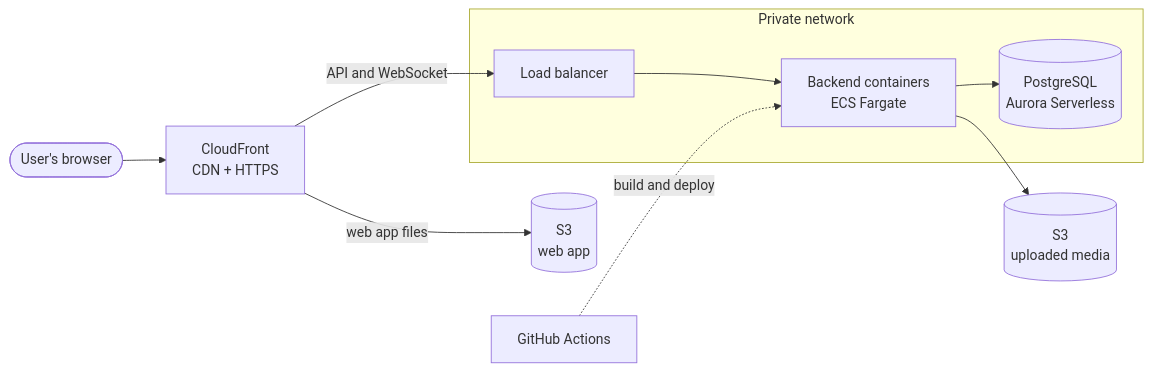
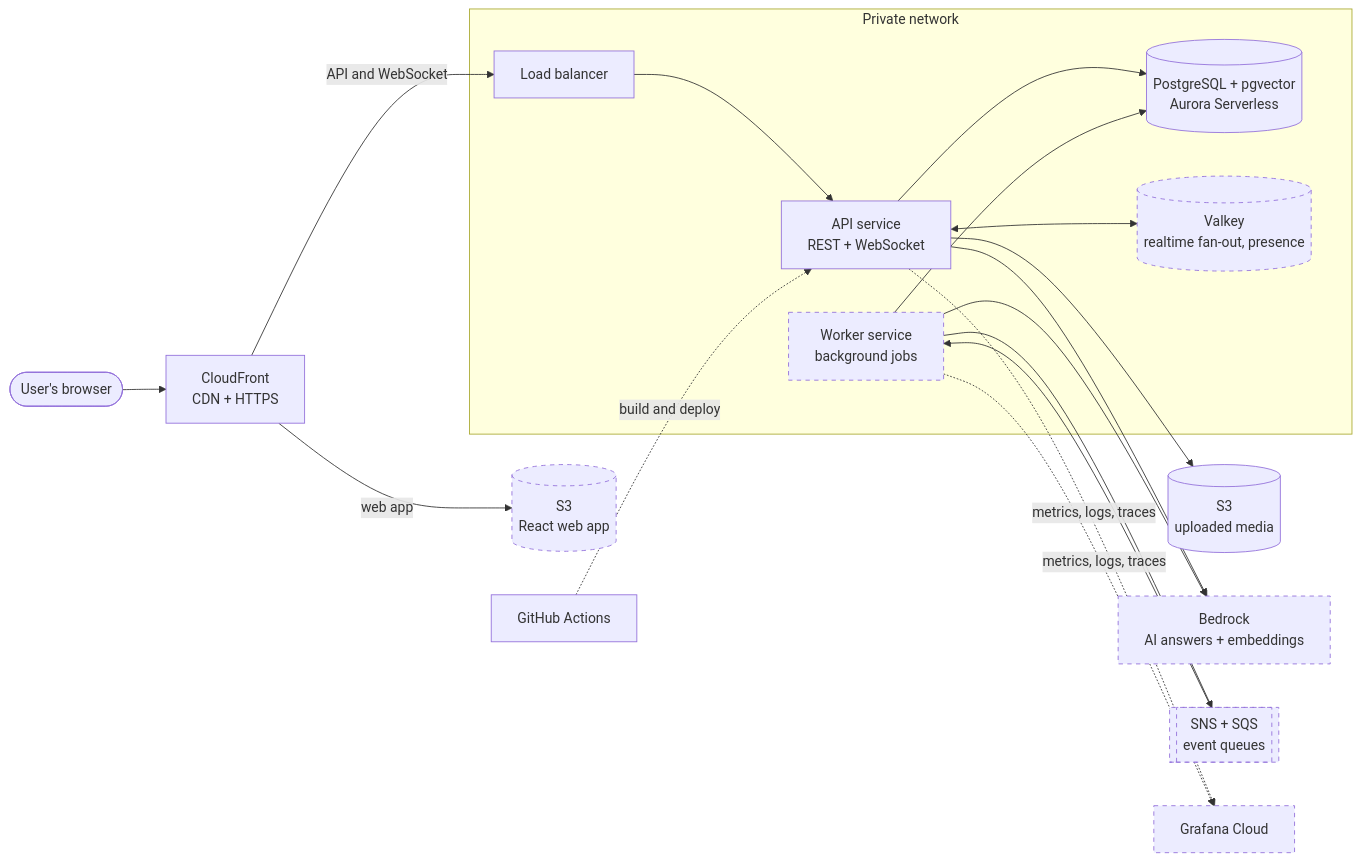
Before and after one commit to hinn1411/devcool-core: the diagram in README.md, drawn with Mermaid. The commit also changed other lines of this file, not shown here.

First line of the commit message:
docs(P2-T12): final architecture diagram with component status

````diff
--- a/README.md
+++ b/README.md
@@ -145,12 +145,20 @@
 ```mermaid
 flowchart LR
     user([User's browser]) --> cdn[CloudFront<br/>CDN + HTTPS]
-    cdn -->|web app files| spa[(S3<br/>web app)]
+    cdn -->|web app| spa[(S3<br/>React web app)]
     cdn -->|API and WebSocket| alb[Load balancer]
     subgraph private[Private network]
-        alb --> api[Backend containers<br/>ECS Fargate]
-        api --> db[(PostgreSQL<br/>Aurora Serverless)]
+        alb --> api[API service<br/>REST + WebSocket]
+        api --> db[(PostgreSQL + pgvector<br/>Aurora Serverless)]
+        api <--> cache[(Valkey<br/>realtime fan-out, presence)]
+        worker[Worker service<br/>background jobs] --> db
     end
     api --> media[(S3<br/>uploaded media)]
+    api --> ai[Bedrock<br/>AI answers + embeddings]
+    worker --> events[[SNS + SQS<br/>event queues]] --> worker
+    worker --> ai
+    api & worker -.->|metrics, logs, traces| obs[Grafana Cloud]
     ci[GitHub Actions] -.->|build and deploy| api
+    classDef planned stroke-dasharray: 5 5
+    class spa,cache,worker,events,ai,obs planned
 ```
````
